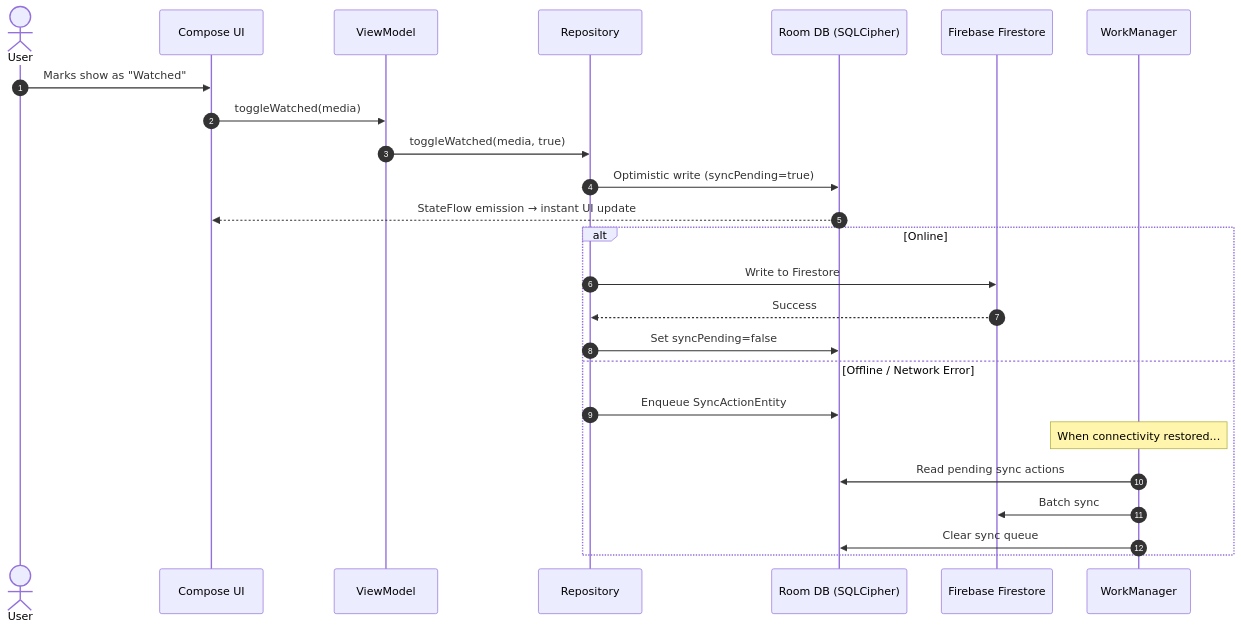
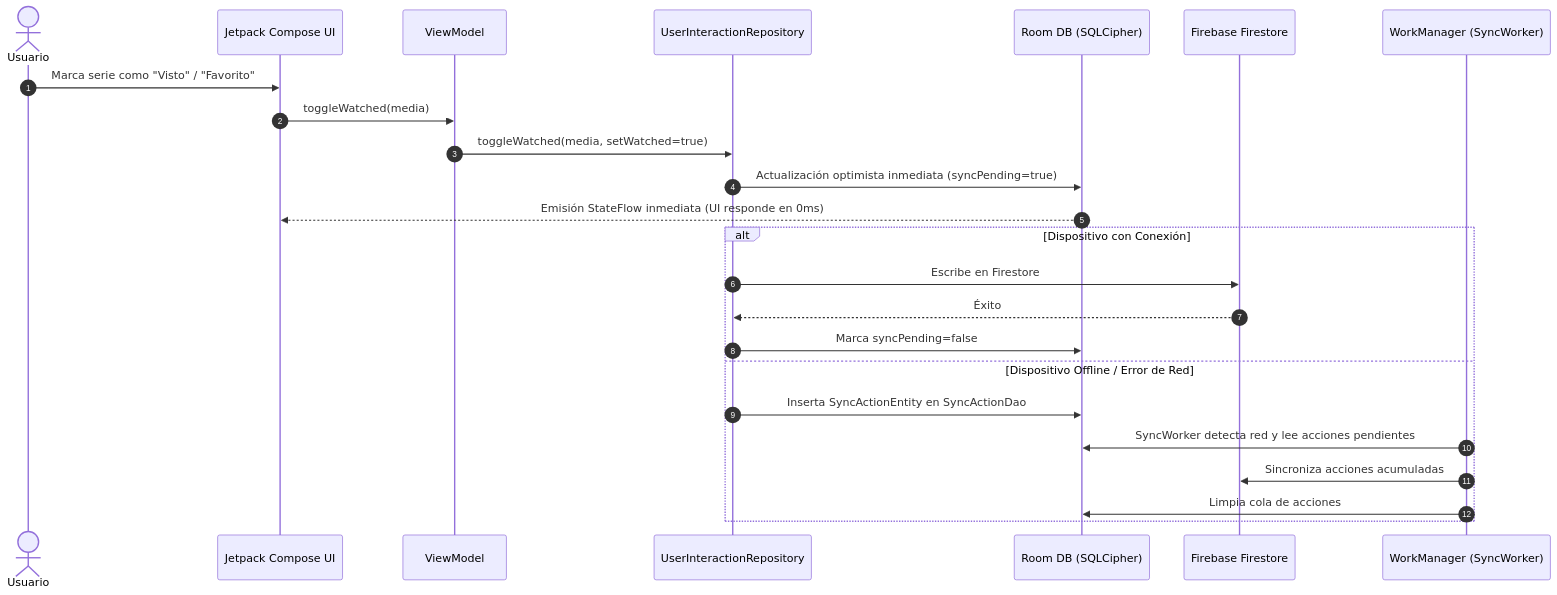
One commit to andreahidara/ShowMate-Showcase changed the second of 2 diagrams in README.md. Above: the diagram before and after it, drawn with Mermaid. The commit also changed other lines of this file, not shown here.

````diff
--- a/README.md
+++ b/README.md
@@ -118,29 +132,27 @@
 ```mermaid
 sequenceDiagram
     autonumber
-    actor User
-    participant UI as Compose UI
+    actor Usuario
+    participant UI as Jetpack Compose UI
     participant VM as ViewModel
-    participant Repo as Repository
+    participant Repo as UserInteractionRepository
     participant Room as Room DB (SQLCipher)
     participant Cloud as Firebase Firestore
-    participant WM as WorkManager
+    participant WM as WorkManager (SyncWorker)
 
-    User->>UI: Marks show as "Watched"
+    Usuario->>UI: Marca serie como "Visto" / "Favorito"
     UI->>VM: toggleWatched(media)
-    VM->>Repo: toggleWatched(media, true)
-    Repo->>Room: Optimistic write (syncPending=true)
-    Room-->>UI: StateFlow emission → instant UI update
-
-    alt Online
-        Repo->>Cloud: Write to Firestore
-        Cloud-->>Repo: Success
-        Repo->>Room: Set syncPending=false
-    else Offline / Network Error
-        Repo->>Room: Enqueue SyncActionEntity
-        Note over WM: When connectivity restored...
-        WM->>Room: Read pending sync actions
-        WM->>Cloud: Batch sync
-        WM->>Room: Clear sync queue
+    VM->>Repo: toggleWatched(media, setWatched=true)
+    Repo->>Room: Actualización optimista inmediata (syncPending=true)
+    Room-->>UI: Emisión StateFlow inmediata (UI responde en 0ms)
+    alt Dispositivo con Conexión
+        Repo->>Cloud: Escribe en Firestore
+        Cloud-->>Repo: Éxito
+        Repo->>Room: Marca syncPending=false
+    else Dispositivo Offline / Error de Red
+        Repo->>Room: Inserta SyncActionEntity en SyncActionDao
+        WM->>Room: SyncWorker detecta red y lee acciones pendientes
+        WM->>Cloud: Sincroniza acciones acumuladas
+        WM->>Room: Limpia cola de acciones
     end
 ```
````
